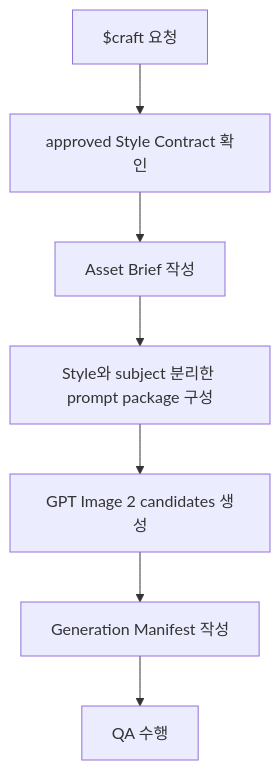
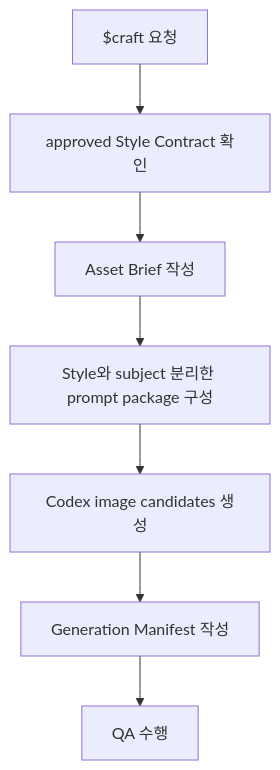
The fifth of 9 diagrams in docs/how-it-works.ko.md (dhfmzk/chuu-gumi), drawn with Mermaid before and after one commit. The commit also changed other lines of this file and 19 other files, not shown here.

````diff
--- a/docs/how-it-works.ko.md
+++ b/docs/how-it-works.ko.md
@@ -185,9 +185,9 @@
 ```mermaid
 flowchart TD
     A["$craft 요청"] --> B["approved Style Contract 확인"]
     B --> C["Asset Brief 작성"]
     C --> D["Style와 subject 분리한 prompt package 구성"]
-    D --> E["GPT Image 2 candidates 생성"]
+    D --> E["Codex image candidates 생성"]
     E --> F["Generation Manifest 작성"]
     F --> G["QA 수행"]
 ```
````
